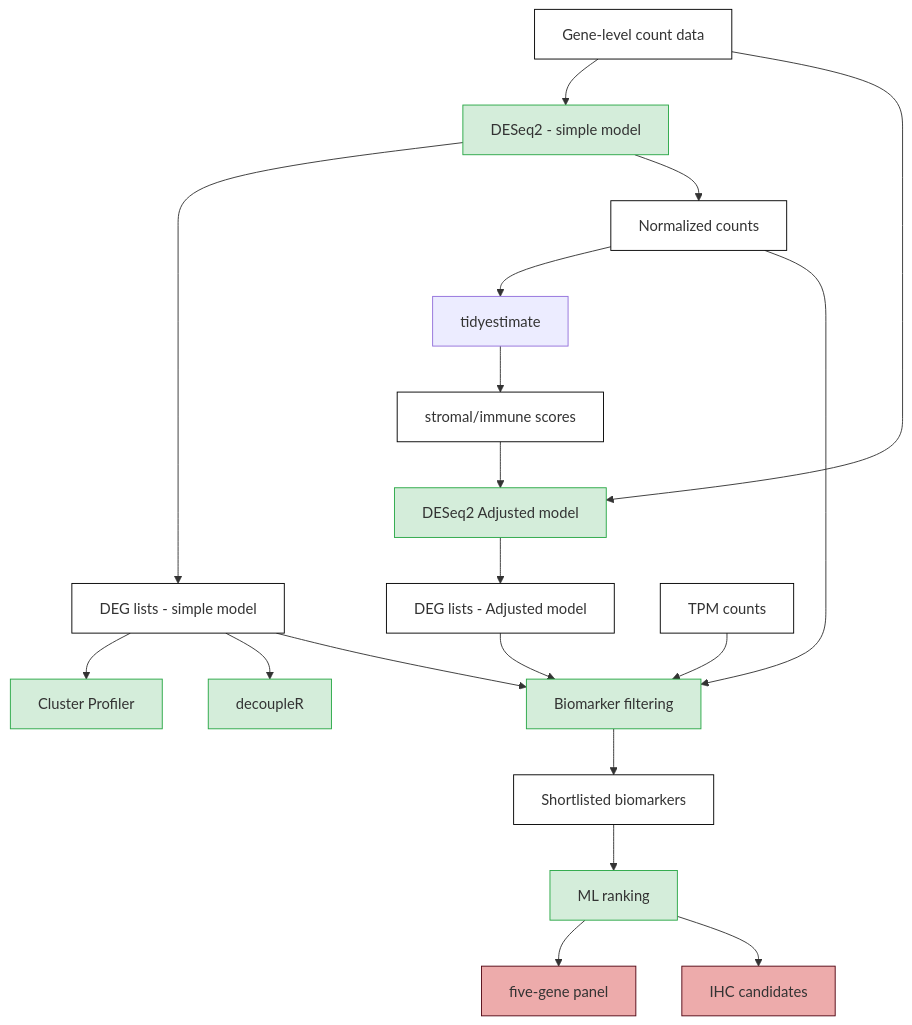
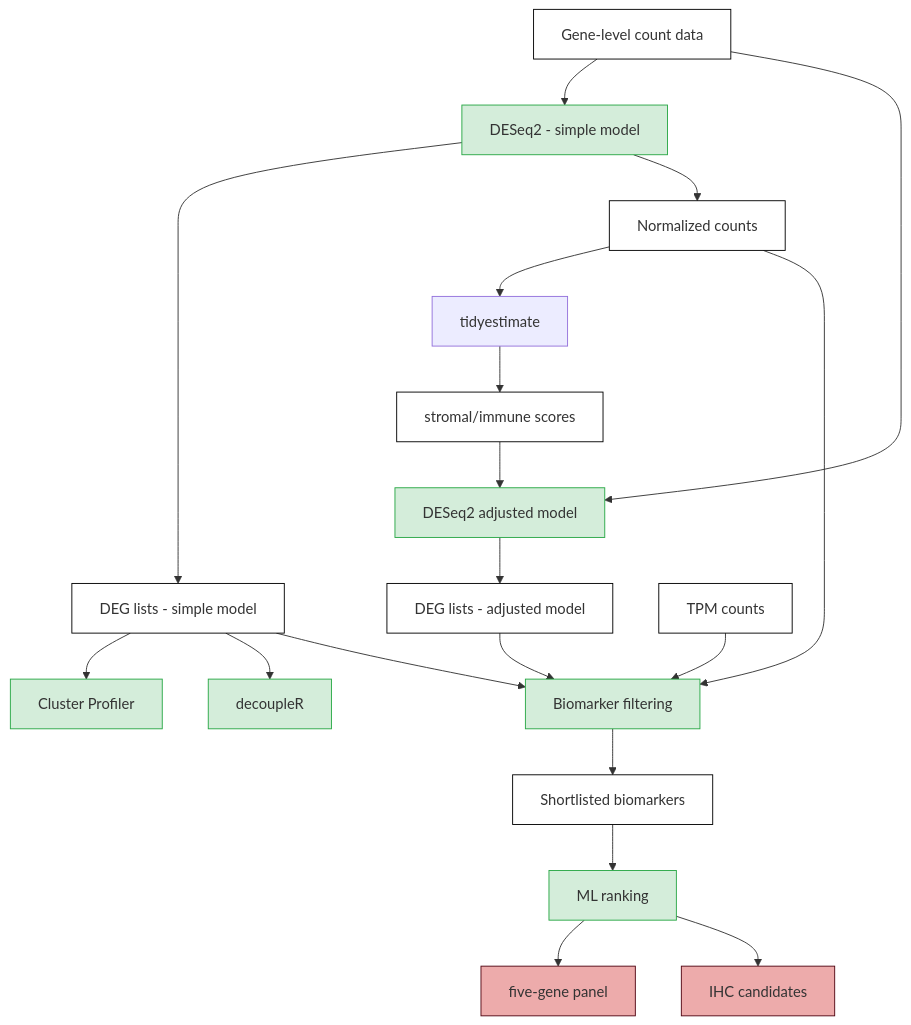
Before and after one commit to tudumanne/BulkRNAseq_Barretts: the diagram in R/README.md, drawn with Mermaid. The commit also changed other lines of this file and 3 other files, not shown here.

````diff
--- a/R/README.md
+++ b/R/README.md
@@ -39,26 +38,26 @@
 ``` mermaid
 graph TD; 
     classDef method fill:#d4edda,stroke:#28a745;
     classDef input fill:#ffffff,stroke:#000000;
     classDef output1 fill:#ffffff,stroke:#000000;
     classDef output2 fill:#edabab,stroke:#520612;
     
     A[Gene-level count data]:::input-->B[DESeq2 - simple model]:::method;
     B-->C[DEG lists - simple model]:::output1;
     B-->D[Normalized counts]:::output1;
     D-->E[tidyestimate];
     E-->F[stromal/immune scores]:::output1;;
-    A-->G[DESeq2 Adjusted model]:::method;;
+    A-->G[DESeq2 adjusted model]:::method;;
     F-->G;
-    G-->H[DEG lists - Adjusted model]:::output1;
+    G-->H[DEG lists - adjusted model]:::output1;
     C-->I[Cluster Profiler]:::method;
     C-->J[decoupleR]:::method;
     K[TPM counts]:::input-->L[Biomarker filtering]:::method;
     D-->L;
     C-->L;
     H-->L;
     L-->M[Shortlisted biomarkers]:::output1;
     M-->N[ML ranking]:::method;
     N-->O[five-gene panel]:::output2;
     N-->P[IHC candidates]:::output2;
 ```
````
